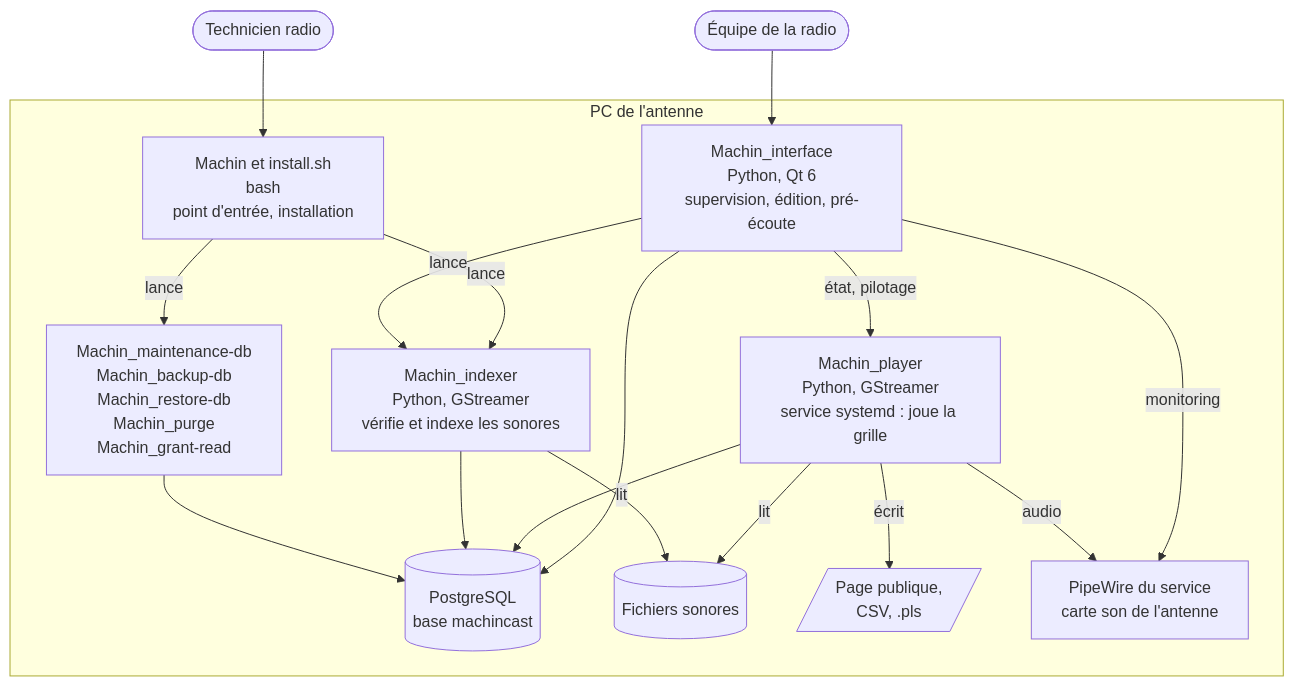
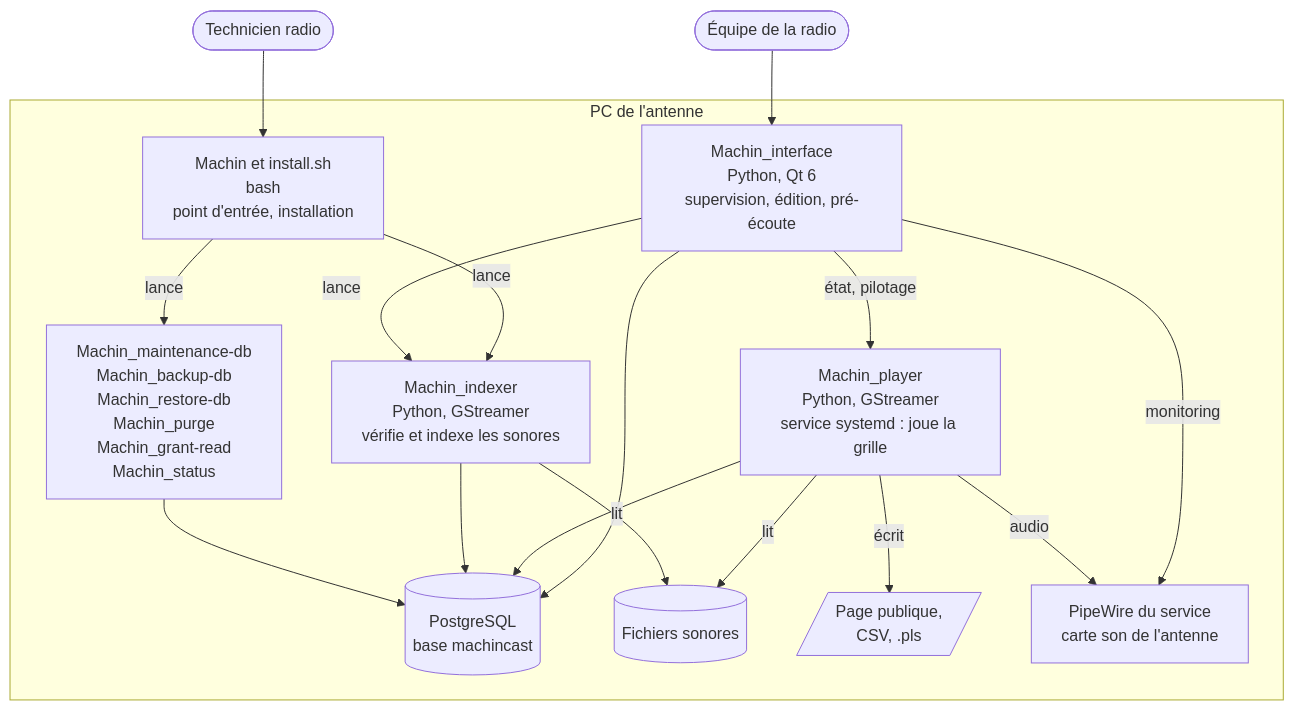
One commit to dascritch/machincast changed the second of 5 diagrams in doc/fr/architecture.md. Above: the diagram before and after it, drawn with Mermaid. The commit also changed other lines of this file and 10 other files, not shown here.

First line of the commit message:
feat(status): Machin status, l'état de la station pour le shell

````diff
--- a/doc/fr/architecture.md
+++ b/doc/fr/architecture.md
@@ -144,33 +144,33 @@
 ```mermaid
 flowchart TB
 	equipe(["Équipe de la radio"])
 	admin(["Technicien radio"])
 
 	subgraph poste["PC de l'antenne"]
 		interface["Machin_interface<br/>Python, Qt 6<br/>supervision, édition, pré-écoute"]
 		wrapper["Machin et install.sh<br/>bash<br/>point d'entrée, installation"]
 		player["Machin_player<br/>Python, GStreamer<br/>service systemd : joue la grille"]
 		indexer["Machin_indexer<br/>Python, GStreamer<br/>vérifie et indexe les sonores"]
-		outils["Machin_maintenance-db<br/>Machin_backup-db<br/>Machin_restore-db<br/>Machin_purge<br/>Machin_grant-read"]
+		outils["Machin_maintenance-db<br/>Machin_backup-db<br/>Machin_restore-db<br/>Machin_purge<br/>Machin_grant-read<br/>Machin_status"]
 		base[("PostgreSQL<br/>base machincast")]
 		fichiers[("Fichiers sonores")]
 		sorties[/"Page publique,<br/>CSV, .pls"/]
 		pipewire["PipeWire du service<br/>carte son de l'antenne"]
 	end
 
 	equipe --> interface
 	admin --> wrapper
 	wrapper -->|"lance"| indexer
 	wrapper -->|"lance"| outils
 	interface -->|"état, pilotage"| player
 	interface -->|"lance"| indexer
 	interface -->|"monitoring"| pipewire
 	interface --> base
 	player --> base
 	indexer --> base
 	outils --> base
 	player -->|"audio"| pipewire
 	player -->|"lit"| fichiers
 	indexer -->|"lit"| fichiers
 	player -->|"écrit"| sorties
 ```
````
